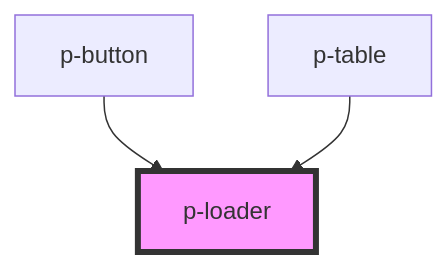
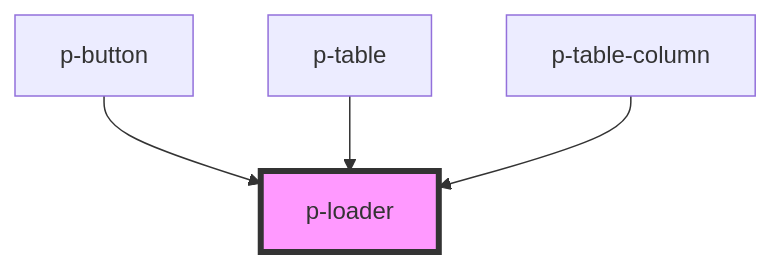
The diagram in packages/core/src/components/atoms/loader/readme.md (Employes/paperless), drawn with Mermaid before and after one commit. The commit also changed other lines of this file and 13 other files, not shown here.

Commit message:
feat(Molecules): Add table column component

````diff
--- a/packages/core/src/components/atoms/loader/readme.md
+++ b/packages/core/src/components/atoms/loader/readme.md
@@ -31,6 +32,7 @@
 ```mermaid
 graph TD;
   p-button --> p-loader
   p-table --> p-loader
+  p-table-column --> p-loader
   style p-loader fill:#f9f,stroke:#333,stroke-width:4px
 ```
````
